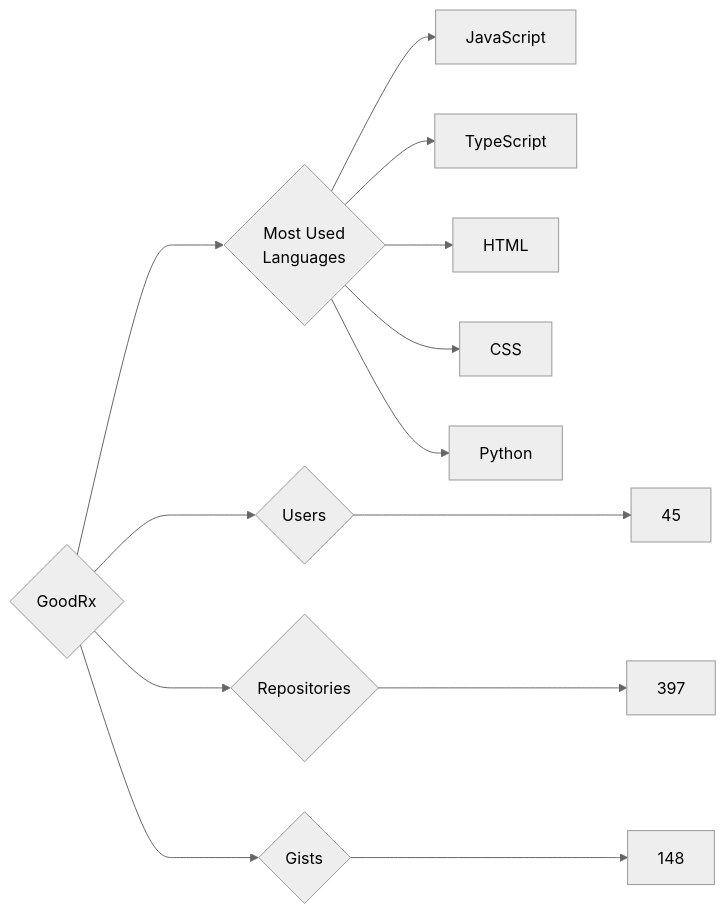
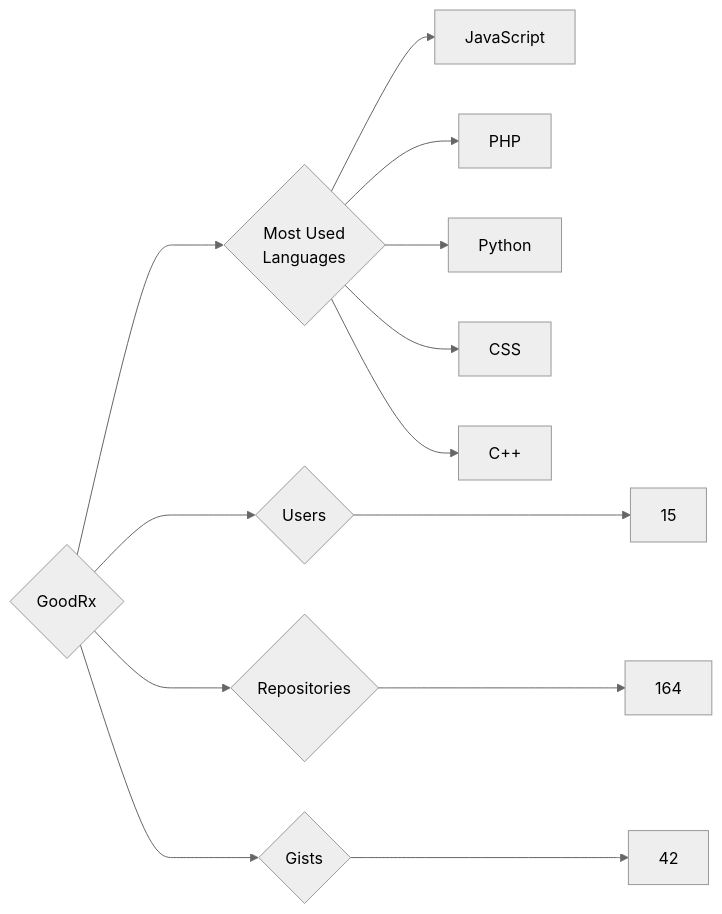
The diagram in targets/GoodRx/README.md (trickest/insiders), drawn with Mermaid (neutral theme) before and after one commit. The commit also changed 772 other files, not shown here.

````diff
--- a/targets/GoodRx/README.md
+++ b/targets/GoodRx/README.md
@@ -3,13 +3,13 @@
 ```mermaid
 graph LR
 COMPANY_NAME{GoodRx}
-COMPANY_NAME ---> U{Users} ---> UN[45]
-COMPANY_NAME ---> R{Repositories} ---> RN[397]
-COMPANY_NAME ---> G{Gists} ---> GN[148]
+COMPANY_NAME ---> U{Users} ---> UN[15]
+COMPANY_NAME ---> R{Repositories} ---> RN[164]
+COMPANY_NAME ---> G{Gists} ---> GN[42]
 COMPANY_NAME ---> ML{Most Used<br>Languages}
 ML --> JavaScript[JavaScript]
-ML --> TypeScript[TypeScript]
-ML --> HTML[HTML]
+ML --> PHP[PHP]
+ML --> Python[Python]
 ML --> CSS[CSS]
-ML --> Python[Python]
+ML --> C++[C++]
 ```
````
